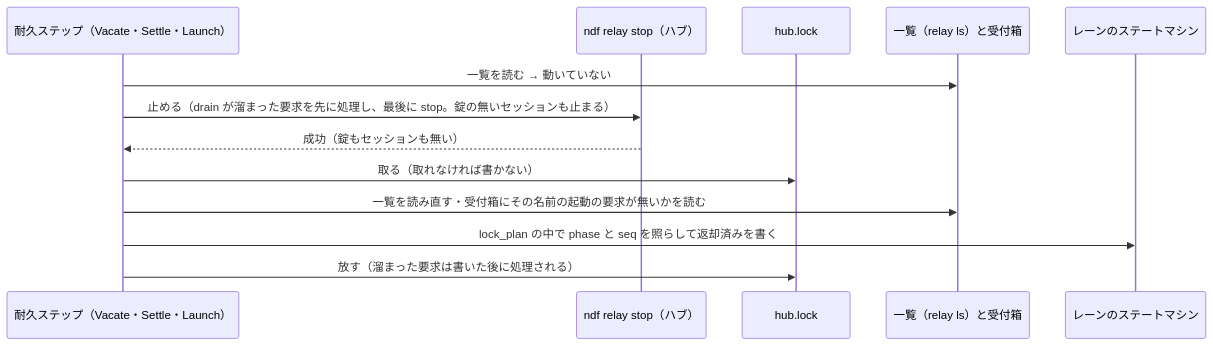
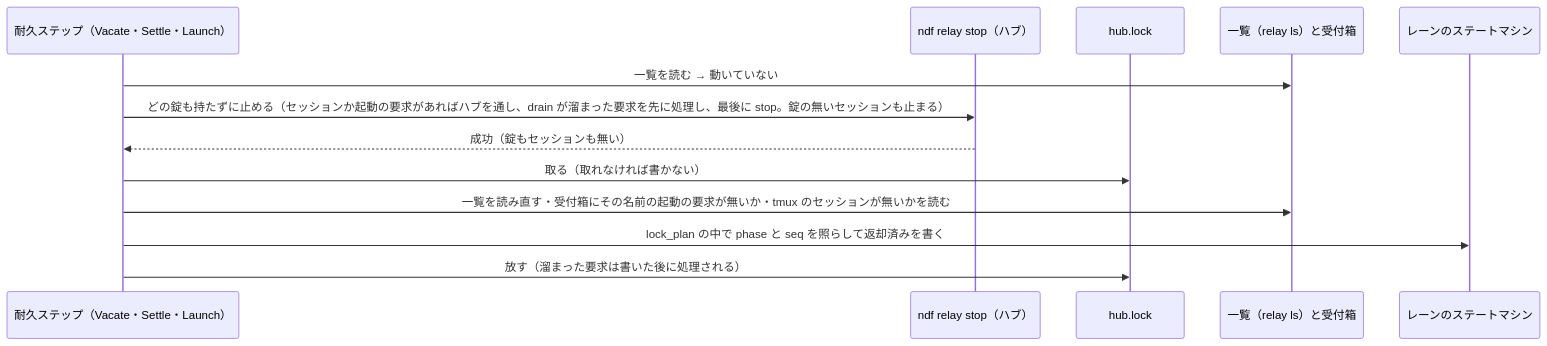
The second of 2 diagrams in issues/issue-4110-design.md (devbasex/ai-plugins), drawn with Mermaid before and after one commit. The commit also changed other lines of this file and 1 other file, not shown here.

````diff
--- a/issues/issue-4110-design.md
+++ b/issues/issue-4110-design.md
@@ -48,15 +49,15 @@
 ```mermaid
 sequenceDiagram
   participant WF as 耐久ステップ（Vacate・Settle・Launch）
   participant RL as ndf relay stop（ハブ）
   participant HL as hub.lock
   participant LS as 一覧（relay ls）と受付箱
   participant DB as レーンのステートマシン
   WF->>LS: 一覧を読む → 動いていない
-  WF->>RL: 止める（drain が溜まった要求を先に処理し、最後に stop。錠の無いセッションも止まる）
+  WF->>RL: どの錠も持たずに止める（セッションか起動の要求があればハブを通し、drain が溜まった要求を先に処理し、最後に stop。錠の無いセッションも止まる）
   RL-->>WF: 成功（錠もセッションも無い）
   WF->>HL: 取る（取れなければ書かない）
-  WF->>LS: 一覧を読み直す・受付箱にその名前の起動の要求が無いかを読む
+  WF->>LS: 一覧を読み直す・受付箱にその名前の起動の要求が無いか・tmux のセッションが無いかを読む
   WF->>DB: lock_plan の中で phase と seq を照らして返却済みを書く
   WF->>HL: 放す（溜まった要求は書いた後に処理される）
 ```
````
